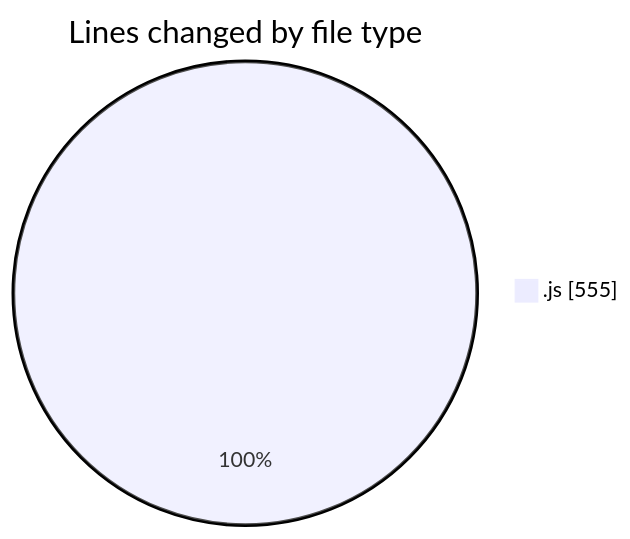
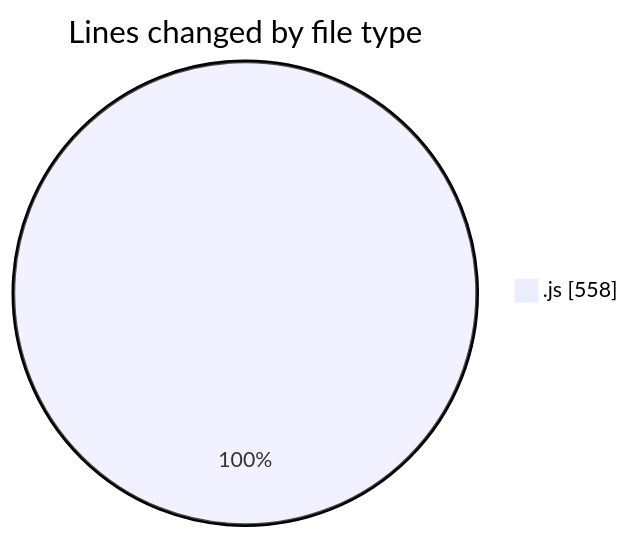
The first of 2 diagrams in 2025-06-20/nxtqube_webapp/README.md (nxtqubesakshisongat/code-tracking), drawn with Mermaid before and after one commit. The commit also changed other lines of this file and 1 other file, not shown here.

````diff
--- a/2025-06-20/nxtqube_webapp/README.md
+++ b/2025-06-20/nxtqube_webapp/README.md
@@ -26,5 +27,5 @@
 ```mermaid
 pie showData
 title Lines changed by file type
-".js" : 555
+".js" : 558
 ```
````
